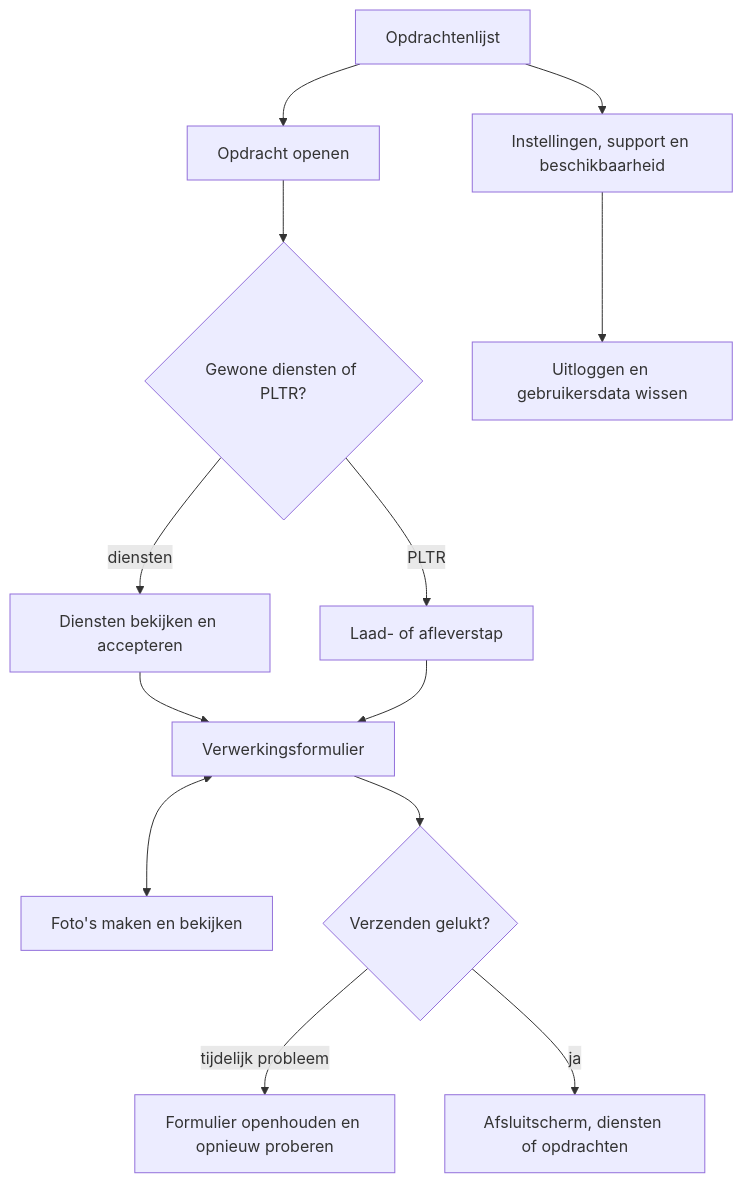
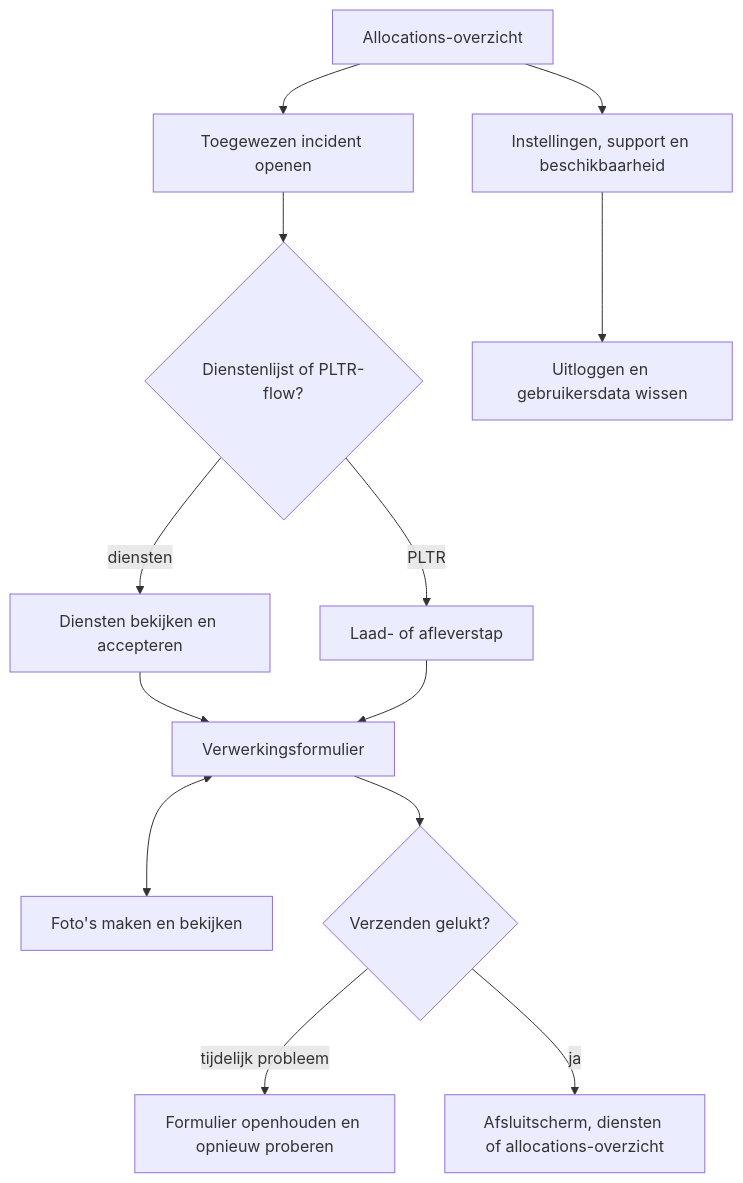
The second of 10 diagrams in docs/wiki/applicatieflow.md (crfarber/vaneijck-berger-app), drawn with Mermaid before and after one commit. The commit also changed other lines of this file and 75 other files, not shown here.

````diff
--- a/docs/wiki/applicatieflow.md
+++ b/docs/wiki/applicatieflow.md
@@ -29,15 +34,15 @@
 ```mermaid
 flowchart TD
-  Opdrachten[Opdrachtenlijst] --> Detail[Opdracht openen]
-  Detail --> Type{Gewone diensten of PLTR?}
+  Allocations[Allocations-overzicht] --> Incident[Toegewezen incident openen]
+  Incident --> Type{Dienstenlijst of PLTR-flow?}
   Type -- diensten --> Diensten[Diensten bekijken en accepteren]
   Type -- PLTR --> PLTR[Laad- of afleverstap]
   Diensten --> Formulier[Verwerkingsformulier]
   PLTR --> Formulier
   Formulier <--> Fotos[Foto's maken en bekijken]
   Formulier --> Verzenden{Verzenden gelukt?}
   Verzenden -- tijdelijk probleem --> Retry[Formulier openhouden en opnieuw proberen]
-  Verzenden -- ja --> Uitgang[Afsluitscherm, diensten of opdrachten]
-  Opdrachten --> Instellingen[Instellingen, support en beschikbaarheid]
+  Verzenden -- ja --> Uitgang[Afsluitscherm, diensten of allocations-overzicht]
+  Allocations --> Instellingen[Instellingen, support en beschikbaarheid]
   Instellingen --> Uitloggen[Uitloggen en gebruikersdata wissen]
 ```
````
